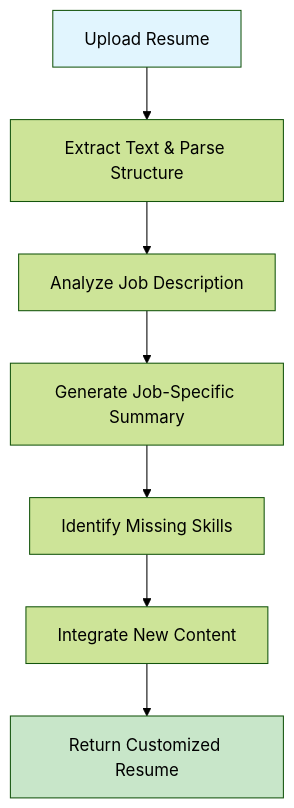
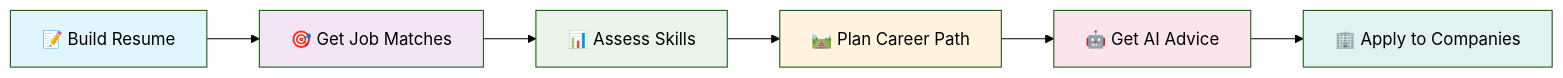
Before and after one commit to sreeharij2003/AI--Powered-Career-Development-Platform: the diagram in README.md, drawn with Mermaid (forest theme). The commit also changed other lines of this file, not shown here.

````diff
--- a/README.md
+++ b/README.md
@@ -218,12 +77,15 @@
 ```mermaid
-graph TD
-    A[Upload Resume] --> B[Extract Text & Parse Structure]
-    B --> C[Analyze Job Description]
-    C --> D[Generate Job-Specific Summary]
-    D --> E[Identify Missing Skills]
-    E --> F[Integrate New Content]
-    F --> G[Return Customized Resume]
+graph LR
+    A[📝 Build Resume] --> B[🎯 Get Job Matches]
+    B --> C[📊 Assess Skills]
+    C --> D[🛤️ Plan Career Path]
+    D --> E[🤖 Get AI Advice]
+    E --> F[🏢 Apply to Companies]
 
     style A fill:#e1f5fe
-    style G fill:#c8e6c9
+    style B fill:#f3e5f5
+    style C fill:#e8f5e8
+    style D fill:#fff3e0
+    style E fill:#fce4ec
+    style F fill:#e0f2f1
 ```
````
